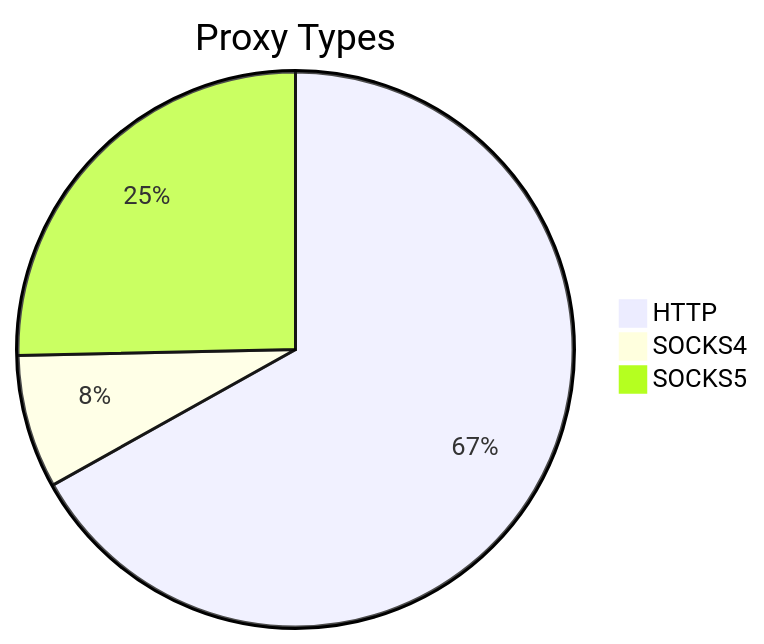
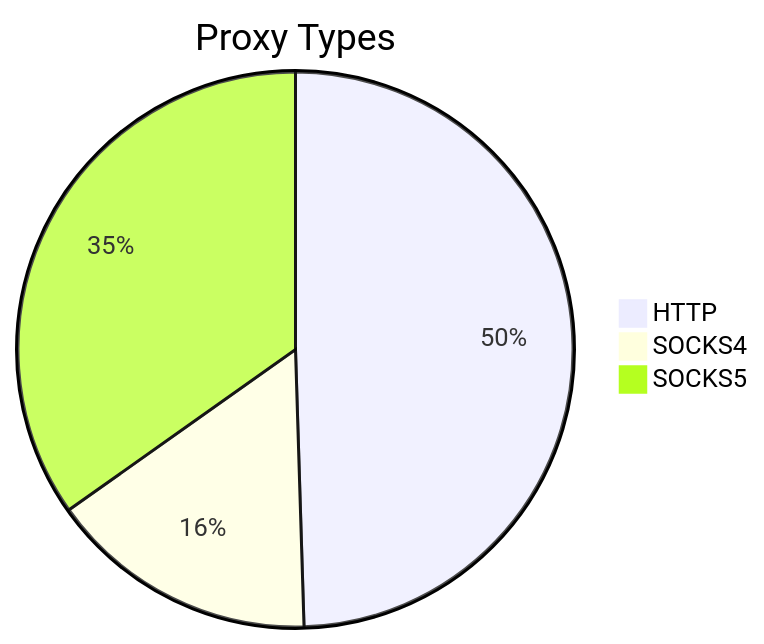
The first of 2 diagrams in README.md (stormsia/proxy-list), drawn with Mermaid before and after one commit. The commit also changed other lines of this file, not shown here.

````diff
--- a/README.md
+++ b/README.md
@@ -21,6 +21,6 @@
 ```mermaid
 pie title Proxy Types
-    "HTTP" : 198
-    "SOCKS4" : 23
-    "SOCKS5" : 75
+    "HTTP" : 101
+    "SOCKS4" : 32
+    "SOCKS5" : 71
 ```
````
